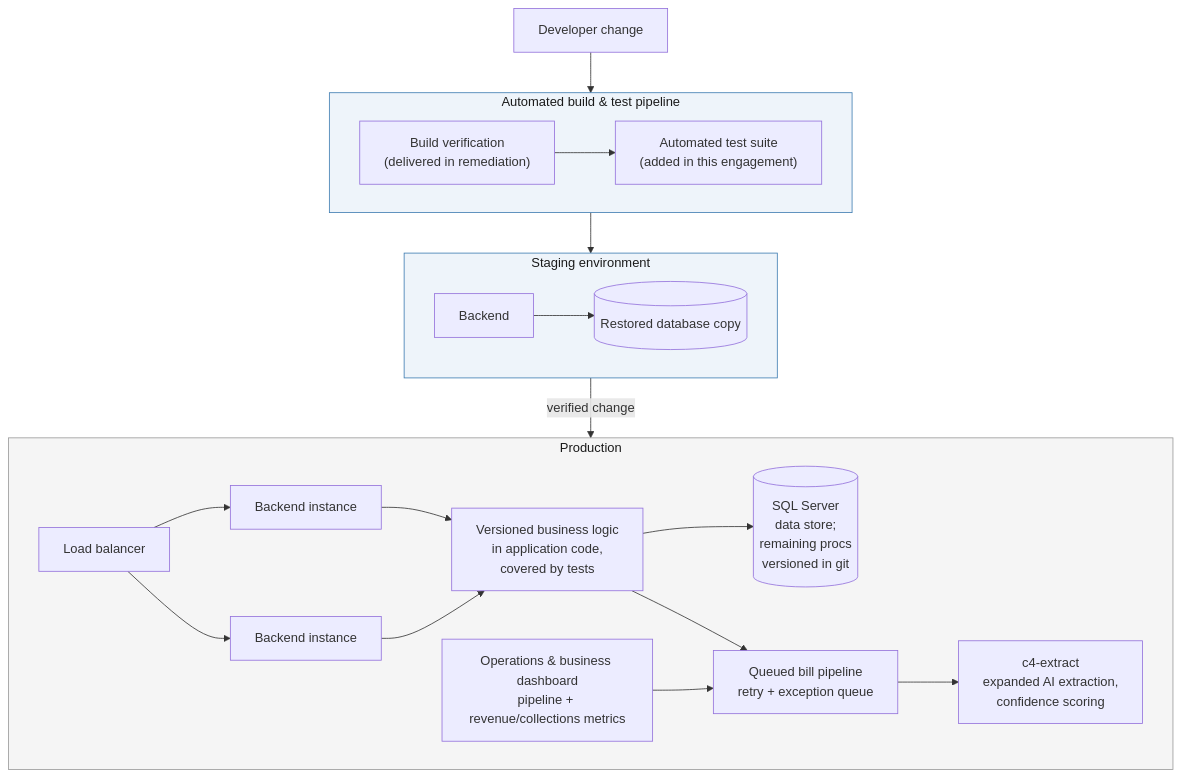
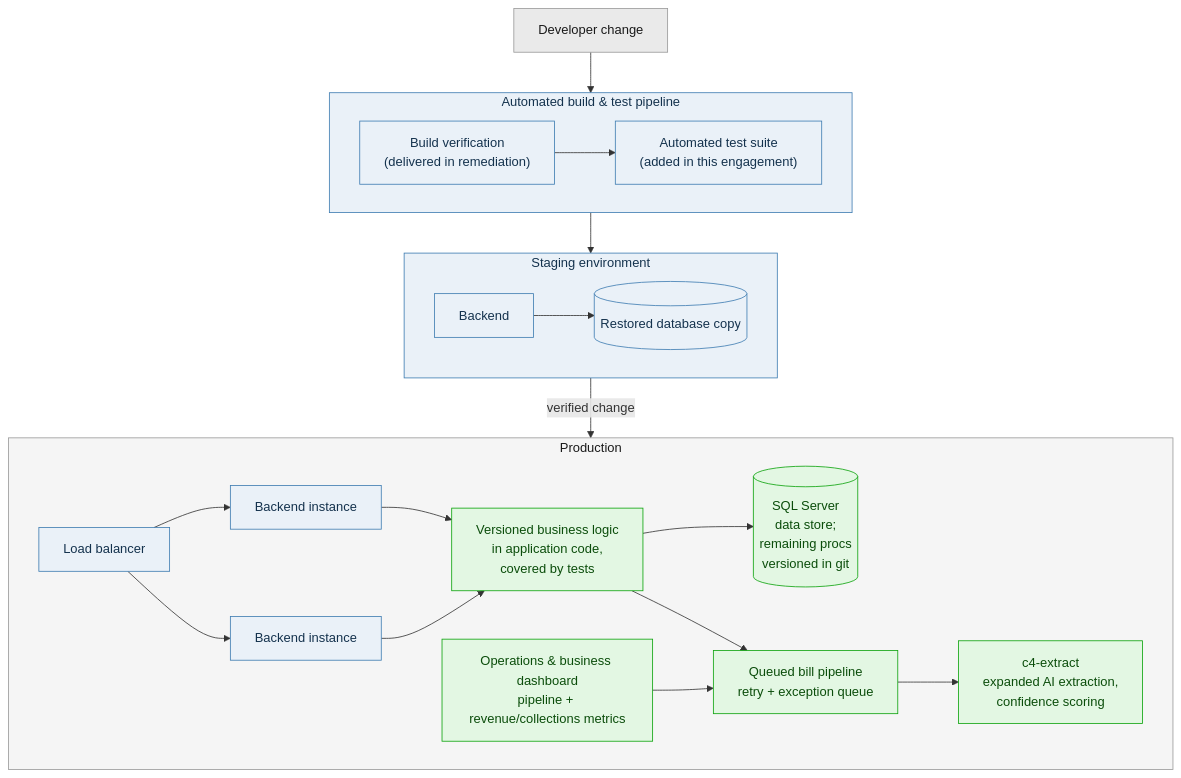
The second of 3 diagrams in docs/projects/ubility-partnership-proposal.md (keystone-software-systems/keystone-web), drawn with Mermaid before and after one commit. The commit also changed other lines of this file, not shown here.

Commit message:
style: add semantic color to the two architecture diagrams
The prior palette was mostly gray, tuned for GitHub's dark-mode
preview. These get rendered as images into a white-background Google
Doc, so gave every node a purposeful fill instead: red/orange for the
risk elements in the current-state diagram (the stored-proc database
as the worst offender, the VM and scraper as secondary), green for
what actually gets resolved in the six-month diagram (versioned logic,
the queue, the dashboard), and Keystone's own brand blue/navy
(#3E7CB1 / #14324D) for neutral pipeline and infrastructure nodes.
Colors pulled from the dataviz skill's validated status/categorical
palette for contrast, not chosen freehand.

````diff
--- a/docs/projects/ubility-partnership-proposal.md
+++ b/docs/projects/ubility-partnership-proposal.md
@@ -117,44 +122,57 @@
 ```mermaid
 graph TD
     DEV["Developer change"] --> CI
 
     subgraph CI["Automated build & test pipeline"]
         BUILD["Build verification<br/>(delivered in remediation)"]
         TEST["Automated test suite<br/>(added in this engagement)"]
         BUILD --> TEST
     end
 
     CI --> STG
 
     subgraph STG["Staging environment"]
         SBE["Backend"]
         SDB[("Restored database copy")]
         SBE --> SDB
     end
 
     STG -->|"verified change"| PRD
 
     subgraph PRD["Production"]
         LB["Load balancer"]
         BE1["Backend instance"]
         BE2["Backend instance"]
         SVC["Versioned business logic<br/>in application code,<br/>covered by tests"]
         DB2[("SQL Server<br/>data store;<br/>remaining procs<br/>versioned in git")]
         Q["Queued bill pipeline<br/>retry + exception queue"]
         EX2["c4-extract<br/>expanded AI extraction,<br/>confidence scoring"]
         OPS["Operations & business dashboard<br/>pipeline + revenue/collections metrics"]
 
         LB --> BE1
         LB --> BE2
         BE1 --> SVC
         BE2 --> SVC
         SVC --> DB2
         SVC --> Q
         Q --> EX2
         OPS --> Q
     end
 
-    style CI fill:#eef4fa,stroke:#3E7CB1,color:#1a1a1a
-    style STG fill:#eef4fa,stroke:#3E7CB1,color:#1a1a1a
-    style PRD fill:#f5f5f5,stroke:#999,color:#1a1a1a
+    style CI fill:#eaf1f8,stroke:#3E7CB1,color:#14324D
+    style STG fill:#eaf1f8,stroke:#3E7CB1,color:#14324D
+    style PRD fill:#f5f5f5,stroke:#999999,color:#1a1a1a
+    style DEV fill:#eaeaea,stroke:#999999,color:#1a1a1a
+    style BUILD fill:#eaf1f8,stroke:#3E7CB1,color:#14324D
+    style TEST fill:#eaf1f8,stroke:#3E7CB1,color:#14324D
+    style SBE fill:#eaf1f8,stroke:#3E7CB1,color:#14324D
+    style SDB fill:#eaf1f8,stroke:#3E7CB1,color:#14324D
+    style LB fill:#eaf1f8,stroke:#3E7CB1,color:#14324D
+    style BE1 fill:#eaf1f8,stroke:#3E7CB1,color:#14324D
+    style BE2 fill:#eaf1f8,stroke:#3E7CB1,color:#14324D
+    style SVC fill:#e3f7e3,stroke:#0ca30c,color:#0b4d0b
+    style DB2 fill:#e3f7e3,stroke:#0ca30c,color:#0b4d0b
+    style Q fill:#e3f7e3,stroke:#0ca30c,color:#0b4d0b
+    style EX2 fill:#e3f7e3,stroke:#0ca30c,color:#0b4d0b
+    style OPS fill:#e3f7e3,stroke:#0ca30c,color:#0b4d0b
 ```
````
